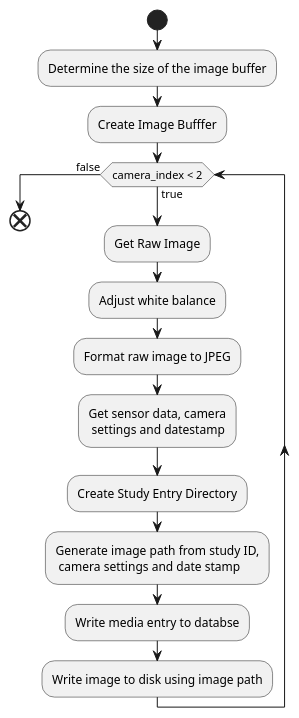
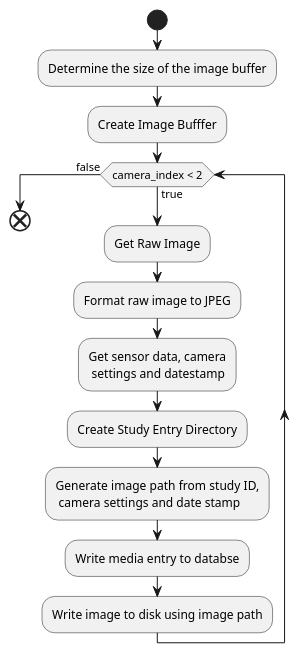
The diagram in Final_Report_Document/Appendix/Design_Documentation/Firmware_Flowcharts/Figures/get_snapshot_flowchart.pu (fabiomatos999/M.O.S.I.S), drawn with PlantUML before and after one commit. The commit also changed 1 other file, not shown here.

Commit message:
Fix get snapshot flowchart.

```diff
--- a/Final_Report_Document/Appendix/Design_Documentation/Firmware_Flowcharts/Figures/get_snapshot_flowchart.pu
+++ b/Final_Report_Document/Appendix/Design_Documentation/Firmware_Flowcharts/Figures/get_snapshot_flowchart.pu
@@ -1,16 +1,15 @@
 @startuml
 start
 :Determine the size of the image buffer;
 :Create Image Bufffer;
 while (camera_index < 2) is (true)
 	:Get Raw Image;
-	:Adjust white balance;
 	:Format raw image to JPEG;
 	:Get sensor data, camera\n settings and datestamp;
 	:Create Study Entry Directory;
 	:Generate image path from study ID,\n camera settings and date stamp;
 	:Write media entry to databse;
 	:Write image to disk using image path;
 endwhile (false)
 end
 @enduml
```
